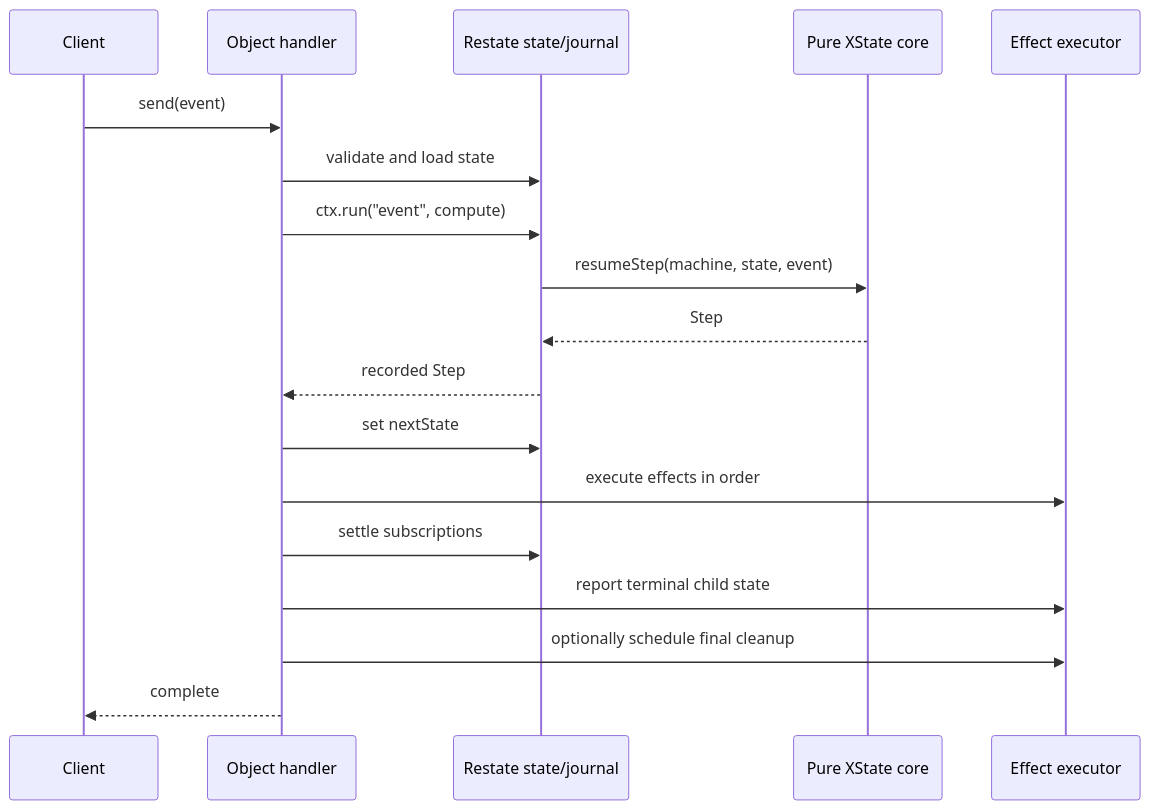
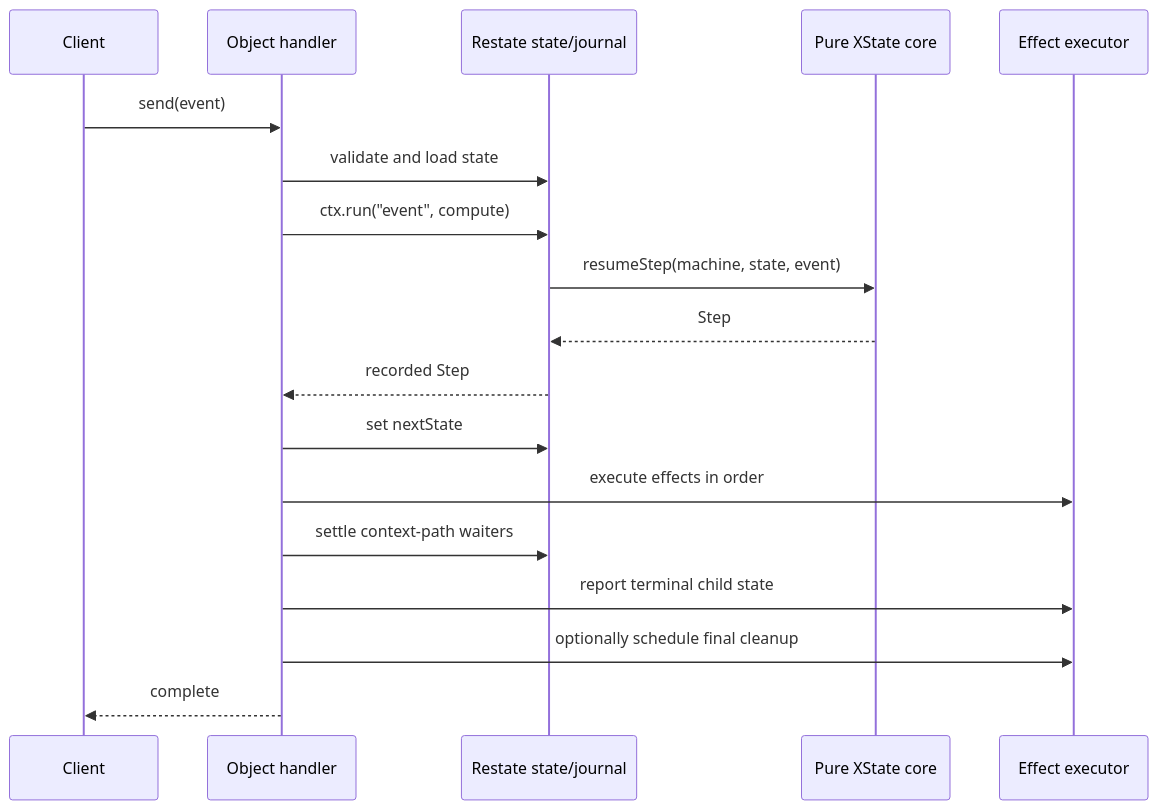
The second of 2 diagrams in packages/xstate-transitions/MANUAL.md (restatedev/xstate-transitions), drawn with Mermaid before and after one commit. The commit also changed other lines of this file and 11 other files, not shown here.

````diff
--- a/packages/xstate-transitions/MANUAL.md
+++ b/packages/xstate-transitions/MANUAL.md
@@ -1002,21 +1007,21 @@
 ```mermaid
 sequenceDiagram
     participant C as Client
     participant H as Object handler
     participant R as Restate state/journal
     participant X as Pure XState core
     participant E as Effect executor
 
     C->>H: send(event)
     H->>R: validate and load state
     H->>R: ctx.run("event", compute)
     R->>X: resumeStep(machine, state, event)
     X-->>R: Step
     R-->>H: recorded Step
     H->>R: set nextState
     H->>E: execute effects in order
-    H->>R: settle subscriptions
+    H->>R: settle context-path waiters
     H->>E: report terminal child state
     H->>E: optionally schedule final cleanup
     H-->>C: complete
 ```
````
